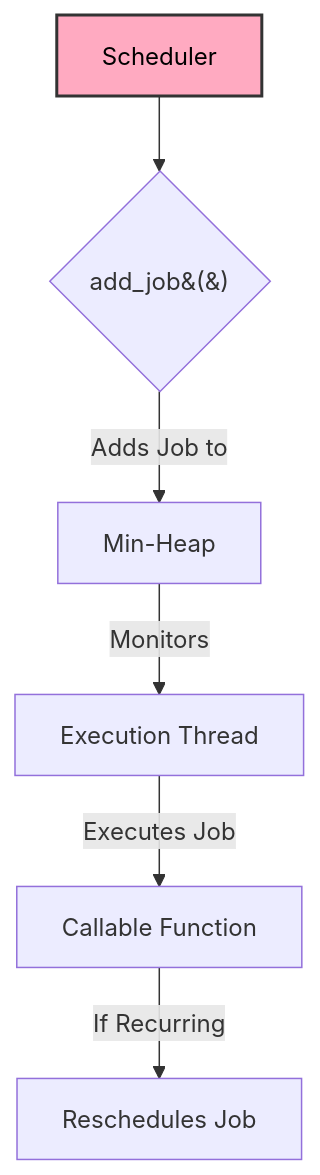
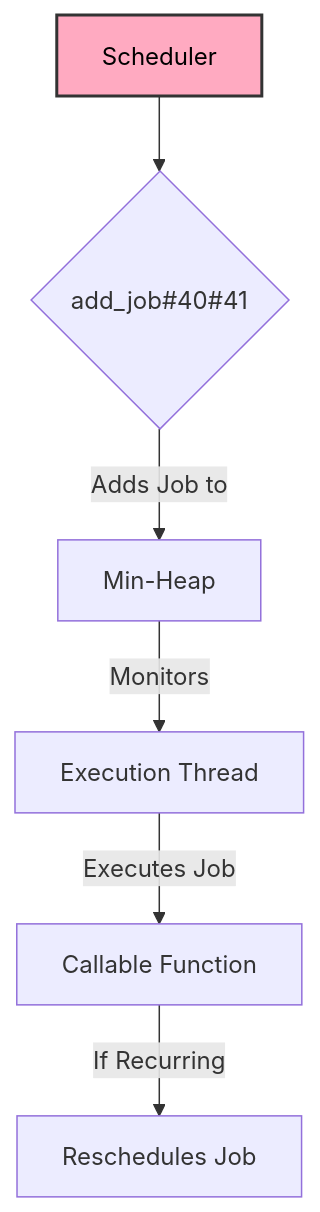
The second of 4 diagrams in docs/readme_details/7_scheduling/index.md (ikko/sym), drawn with Mermaid before and after one commit. The commit also changed other lines of this file and 38 other files, not shown here.

Commit message:
mermaids maybe fixed

````diff
--- a/docs/readme_details/7_scheduling/index.md
+++ b/docs/readme_details/7_scheduling/index.md
@@ -25,12 +25,12 @@
     ```mermaid
 graph TD
-        A[Scheduler] --> B{add_job&#40;&#41;};
+        A[Scheduler] --> B{add_job#40#41};
         B -- "Adds Job to" --> C[Min-Heap];;
         C -- "Monitors" --> D[Execution Thread];
         D -- "Executes Job" --> E[Callable Function];
         E -- "If Recurring" --> F[Reschedules Job];
 
     style A fill:#ffaac1,stroke:#333,stroke-width:2px,color:#000000;
 
     style A fill:#ffaac1,stroke:#333,stroke-width:2px,color:#000000;
 ```
````
